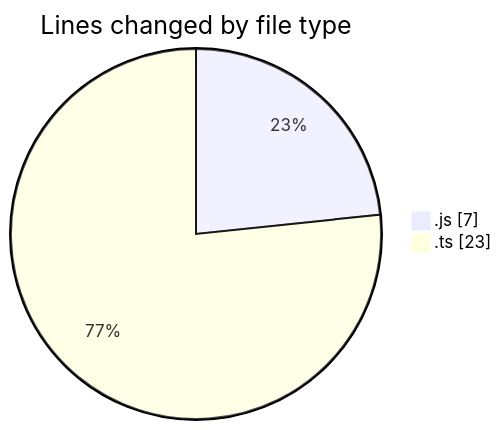
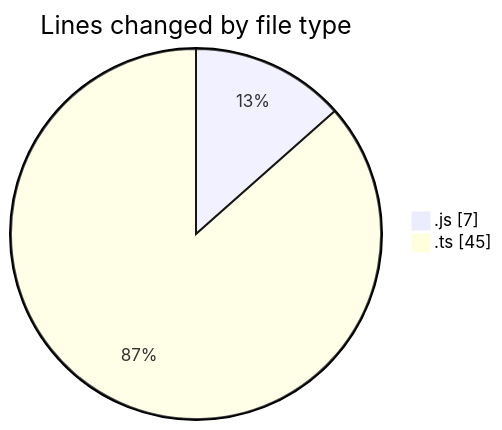
The first of 2 diagrams in 2025-06-18/cda/README.md (momahboobian/code-tracking), drawn with Mermaid before and after one commit. The commit also changed other lines of this file and 1 other file, not shown here.

````diff
--- a/2025-06-18/cda/README.md
+++ b/2025-06-18/cda/README.md
@@ -21,6 +22,6 @@
 ```mermaid
 pie showData
 title Lines changed by file type
 ".js" : 7
-".ts" : 23
+".ts" : 45
 ```
````
